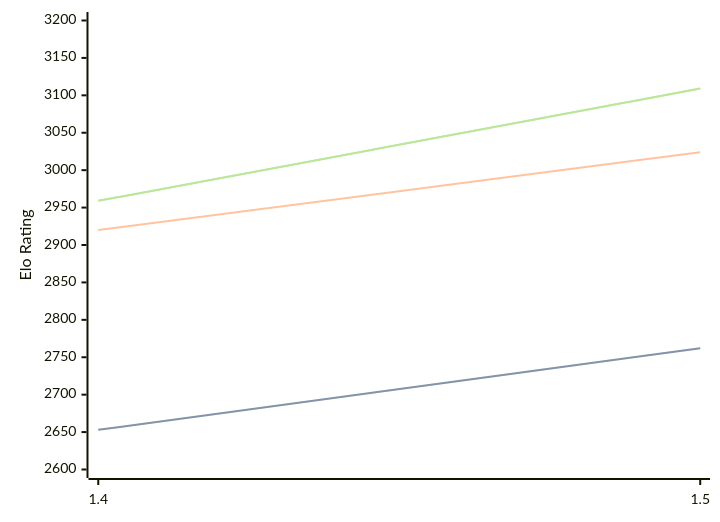
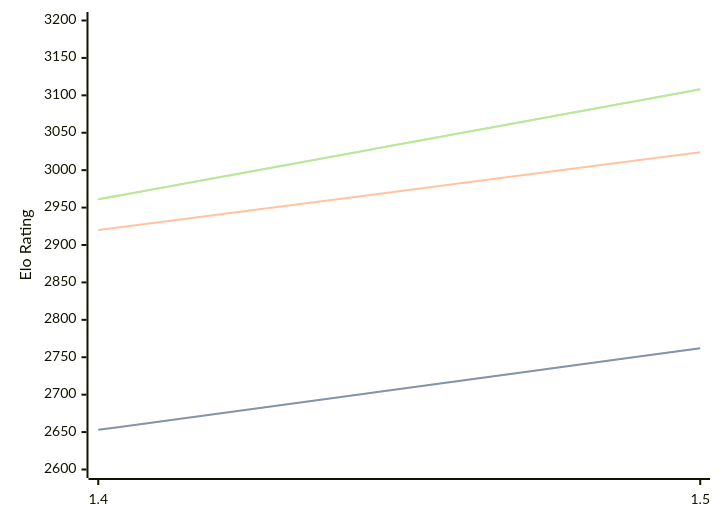
Before and after one commit to computer-chess-index/cci: the diagram in engines/Yakka.md, drawn with Mermaid. The commit also changed other lines of this file, not shown here.

Commit message:
Update CCI Ratings (ELO VLTC) - 2026-09-08

````diff
--- a/engines/Yakka.md
+++ b/engines/Yakka.md
@@ -32,11 +32,11 @@
 ```mermaid
 %%{init: {"theme":"base","themeVariables":{"seriesColors:['#a3a3a3','#222221','#faa371']}}}%%
 xychart-beta
   x-axis ["1.4", "1.5"]
   y-axis "Elo Rating" 2600 --> 3200
   line "" [2653, 2762]
   line "STC (8.0+0.08s)" [2653, 2762]
   line "LTC (60.0+0.60s)" [2920, 3024]
-  line "" [2959, 3109]
-  line "VLTC (2m24s+1.12s)" [2959, 3109]
+  line "" [2961, 3108]
+  line "VLTC (2m24s+1.12s)" [2961, 3108]
 ```
````
